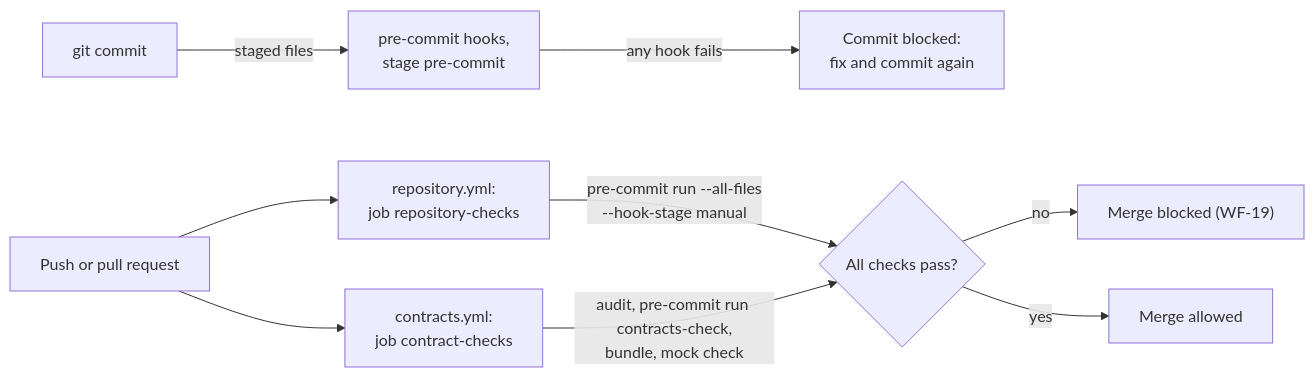
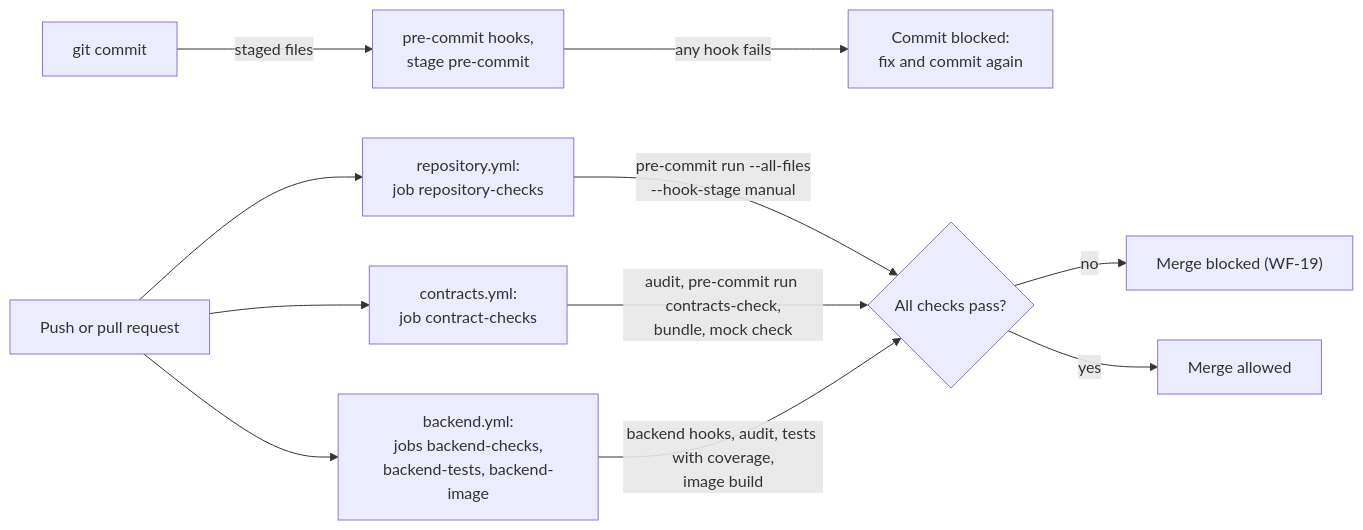
One commit to ml-system-design-nhom-5/SupportIQ changed the diagram in docs/guides/repository-checks.md. Above: the diagram before and after it, drawn with Mermaid. The commit also changed other lines of this file and 4 other files, not shown here.

````diff
--- a/docs/guides/repository-checks.md
+++ b/docs/guides/repository-checks.md
@@ -11,11 +11,13 @@
 ```mermaid
 flowchart LR
     Commit["git commit"] -->|"staged files"| Hooks["pre-commit hooks,<br/>stage pre-commit"]
     Hooks -->|"any hook fails"| Blocked["Commit blocked:<br/>fix and commit again"]
     Push["Push or pull request"] --> Repo["repository.yml:<br/>job repository-checks"]
     Push --> Con["contracts.yml:<br/>job contract-checks"]
+    Push --> Be["backend.yml:<br/>jobs backend-checks,<br/>backend-tests, backend-image"]
     Repo -->|"pre-commit run --all-files<br/>--hook-stage manual"| Result{"All checks pass?"}
     Con -->|"audit, pre-commit run contracts-check,<br/>bundle, mock check"| Result
+    Be -->|"backend hooks, audit, tests with coverage,<br/>image build"| Result
     Result -->|"no"| Red["Merge blocked (WF-19)"]
     Result -->|"yes"| Green["Merge allowed"]
 ```
````
